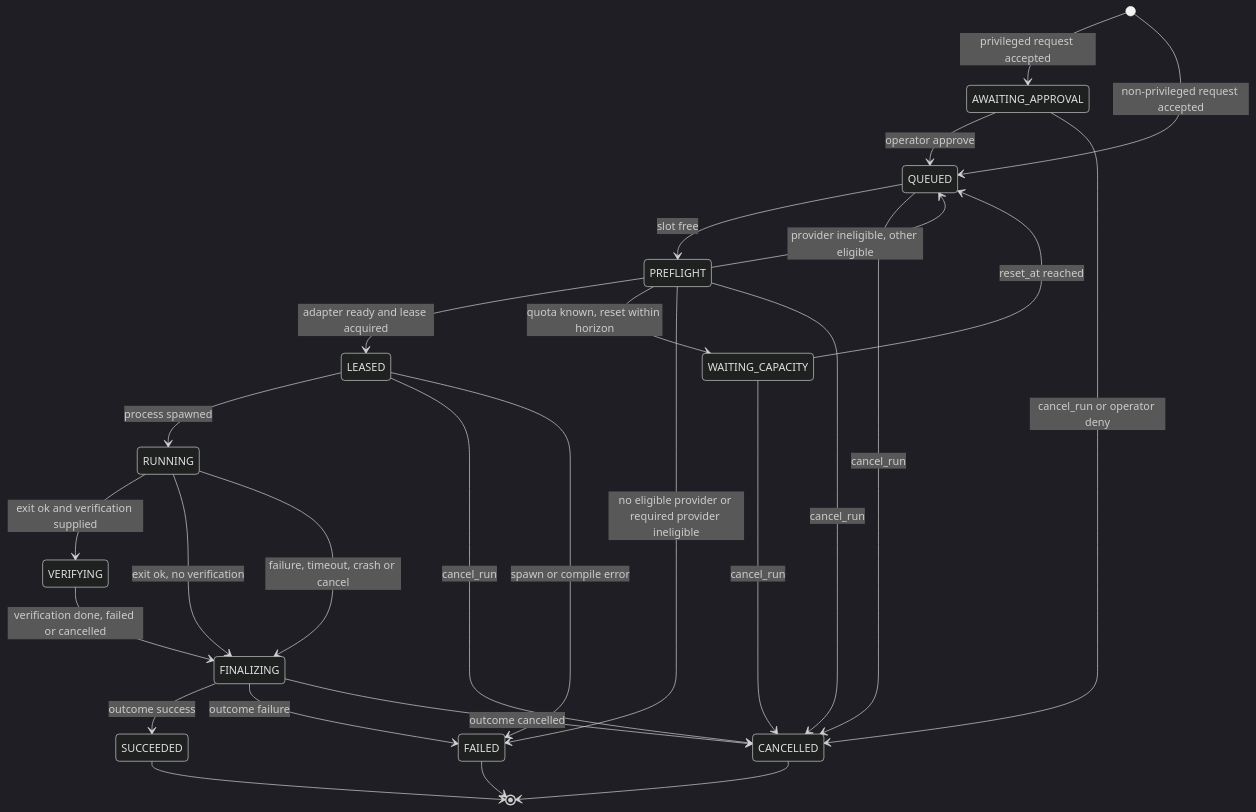
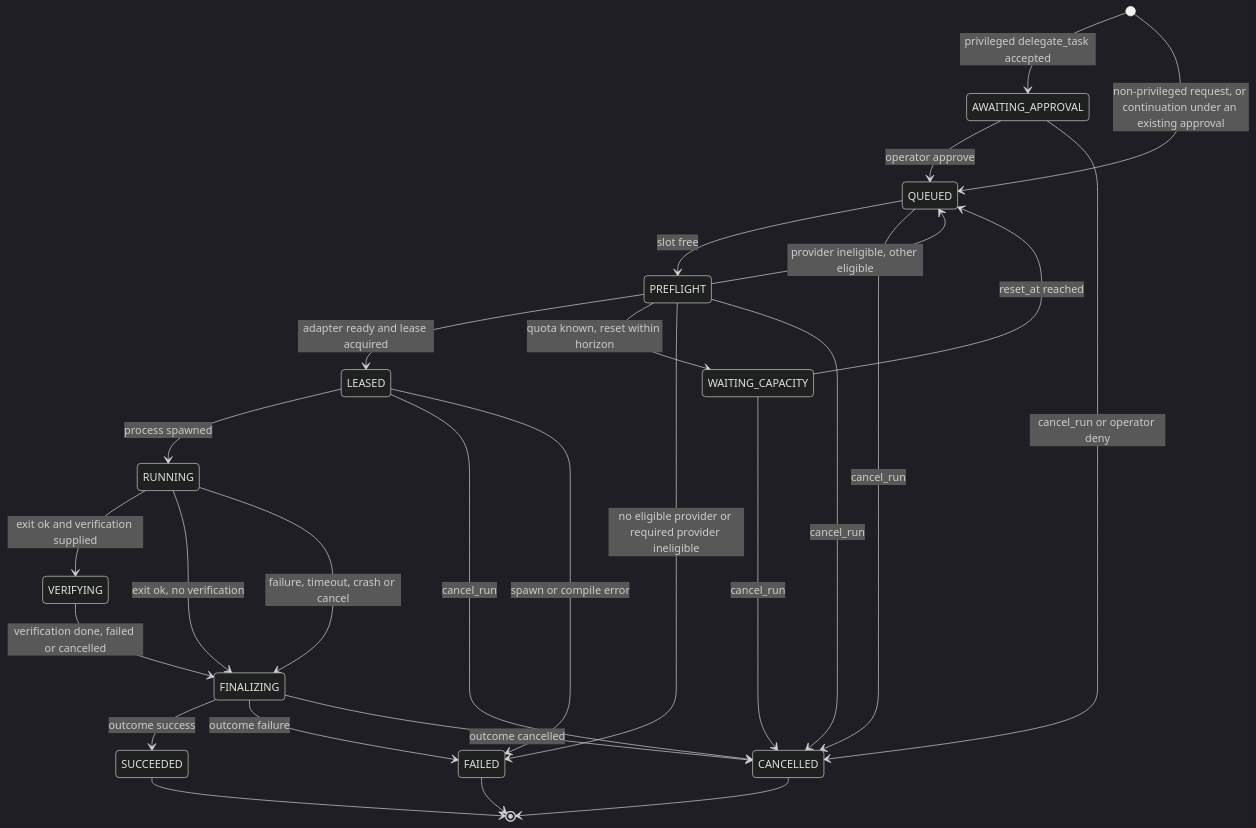
Before and after one commit to zemdregon/switchboard: the first of 4 diagrams in docs/requirements/FRD.md, drawn with Mermaid (dark theme). The commit also changed other lines of this file and 32 other files, not shown here.

````diff
--- a/docs/requirements/FRD.md
+++ b/docs/requirements/FRD.md
@@ -114,29 +114,29 @@
 ```mermaid
 stateDiagram-v2
-    [*] --> AWAITING_APPROVAL: privileged request accepted
-    [*] --> QUEUED: non-privileged request accepted
+    [*] --> AWAITING_APPROVAL: privileged delegate_task accepted
+    [*] --> QUEUED: non-privileged request, or continuation under an existing approval
     AWAITING_APPROVAL --> QUEUED: operator approve
     AWAITING_APPROVAL --> CANCELLED: cancel_run or operator deny
     QUEUED --> PREFLIGHT: slot free
     QUEUED --> CANCELLED: cancel_run
     WAITING_CAPACITY --> QUEUED: reset_at reached
     WAITING_CAPACITY --> CANCELLED: cancel_run
     PREFLIGHT --> LEASED: adapter ready and lease acquired
     PREFLIGHT --> QUEUED: provider ineligible, other eligible
     PREFLIGHT --> WAITING_CAPACITY: quota known, reset within horizon
     PREFLIGHT --> FAILED: no eligible provider or required provider ineligible
     PREFLIGHT --> CANCELLED: cancel_run
     LEASED --> RUNNING: process spawned
     LEASED --> CANCELLED: cancel_run
     LEASED --> FAILED: spawn or compile error
     RUNNING --> VERIFYING: exit ok and verification supplied
     RUNNING --> FINALIZING: exit ok, no verification
     RUNNING --> FINALIZING: failure, timeout, crash or cancel
     VERIFYING --> FINALIZING: verification done, failed or cancelled
     FINALIZING --> SUCCEEDED: outcome success
     FINALIZING --> FAILED: outcome failure
     FINALIZING --> CANCELLED: outcome cancelled
     SUCCEEDED --> [*]
     FAILED --> [*]
     CANCELLED --> [*]
 ```
````
